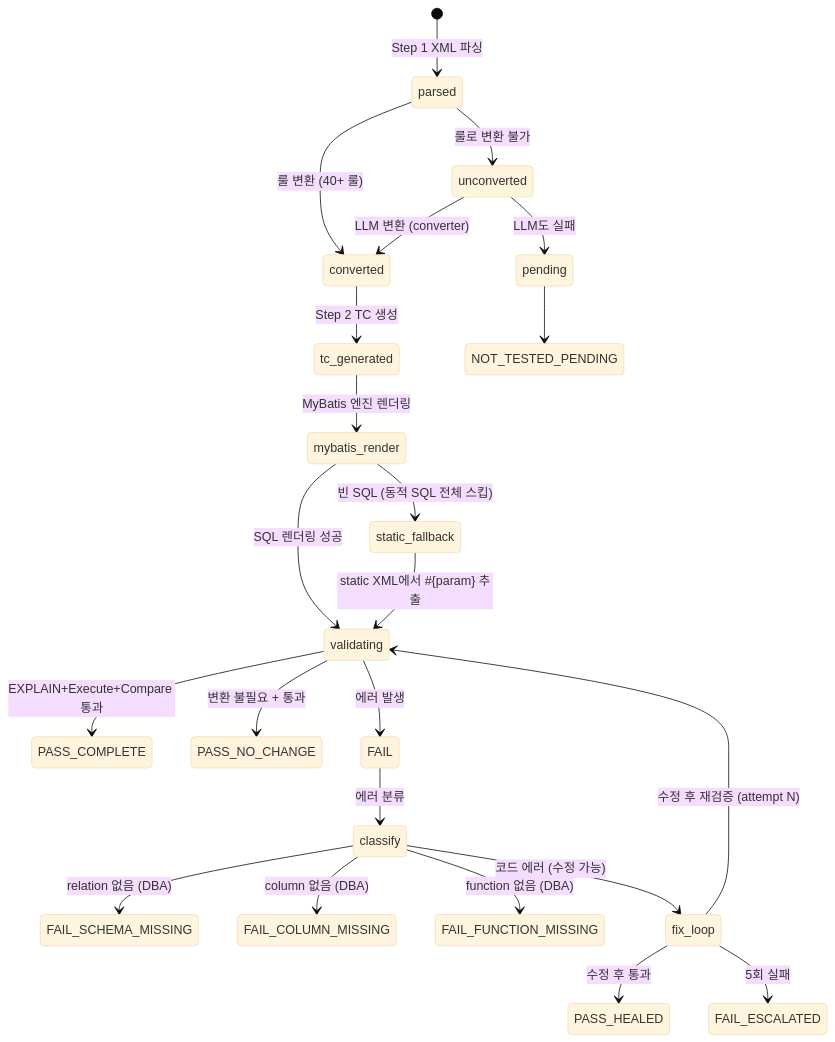
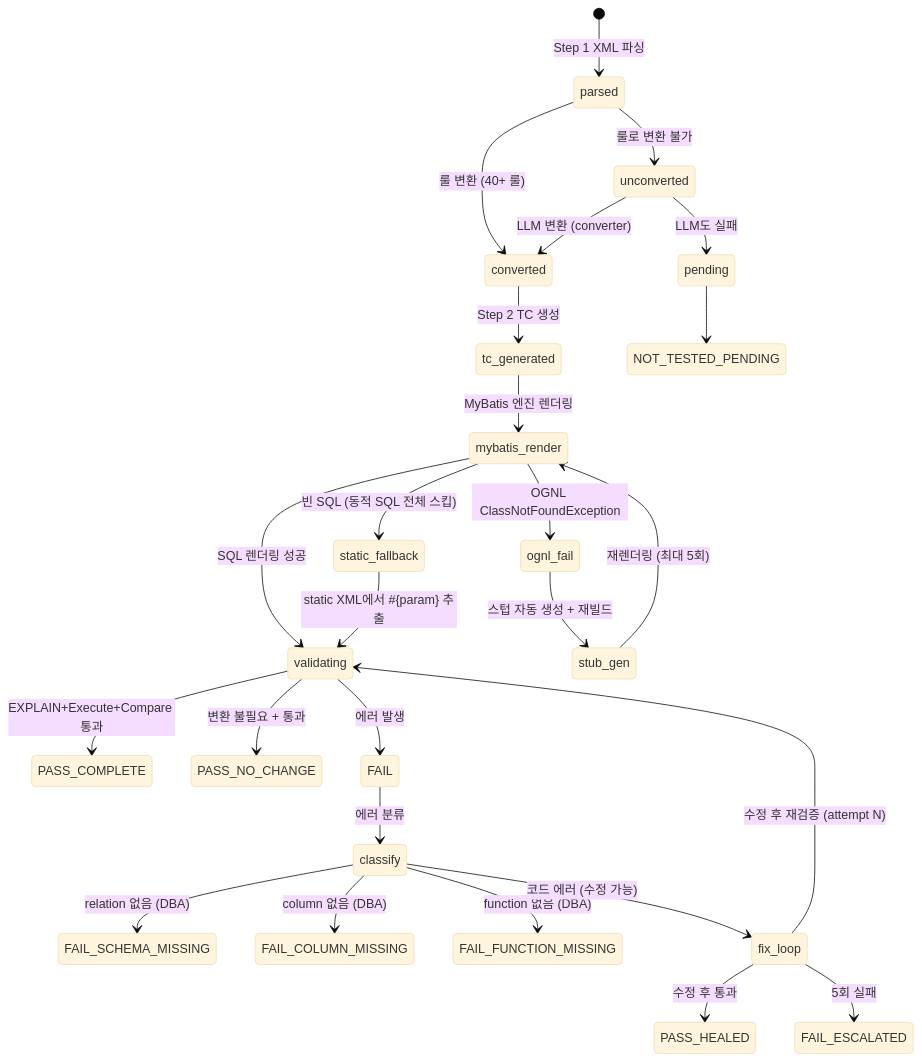
The third of 4 diagrams in docs/architecture.md (netsgo0319/oma-claude-code), drawn with Mermaid (base theme) before and after one commit. The commit also changed 2 other files, not shown here.

Commit message:
feat: OGNL ClassNotFoundException 자동 스텁 생성 + 재시도 루프
문제: MyBatis XML에서 @com.kns.framework.util.StringUtil@isNotEmpty()
같은 OGNL 정적 메서드 호출 → ClassNotFoundException → 1,954건 렌더링 실패

해결: run-extractor.sh에 자동 스텁 재시도 루프 추가
1. java -jar extractor.jar 실행
2. 에러 로그에서 ClassNotFoundException 파싱
3. 누락 클래스별 스텁 .java 자동 생성
   - isNotEmpty/isEmpty/isNotBlank 등 → permissive 반환 (true)
   - 모든 <if test> 분기를 포함하는 방향
4. gradle rebuild (스텁이 classpath에 포함됨)
5. 재실행 (최대 5회)

적용 범위:
- Oracle 추출 (input XML) + PG 추출 (output XML) 양쪽
- converter, validate-and-fix 어디서 호출하든 자동 대응

문서 업데이트:
- validate-and-fix.md: OGNL 자동 대응 설명
- architecture.md: Query Lifecycle에 ognl_fail → stub_gen 경로 추가

````diff
--- a/docs/architecture.md
+++ b/docs/architecture.md
@@ -100,31 +100,34 @@
 ```mermaid
 stateDiagram-v2
     [*] --> parsed: Step 1 XML 파싱
     parsed --> converted: 룰 변환 (40+ 룰)
     parsed --> unconverted: 룰로 변환 불가
     unconverted --> converted: LLM 변환 (converter)
     unconverted --> pending: LLM도 실패
 
     converted --> tc_generated: Step 2 TC 생성
     tc_generated --> mybatis_render: MyBatis 엔진 렌더링
     mybatis_render --> validating: SQL 렌더링 성공
+    mybatis_render --> ognl_fail: OGNL ClassNotFoundException
+    ognl_fail --> stub_gen: 스텁 자동 생성 + 재빌드
+    stub_gen --> mybatis_render: 재렌더링 (최대 5회)
     mybatis_render --> static_fallback: 빈 SQL (동적 SQL 전체 스킵)
     static_fallback --> validating: static XML에서 #{param} 추출
 
     validating --> PASS_COMPLETE: EXPLAIN+Execute+Compare 통과
     validating --> PASS_NO_CHANGE: 변환 불필요 + 통과
     validating --> FAIL: 에러 발생
 
     FAIL --> classify: 에러 분류
 
     classify --> FAIL_SCHEMA_MISSING: relation 없음 (DBA)
     classify --> FAIL_COLUMN_MISSING: column 없음 (DBA)
     classify --> FAIL_FUNCTION_MISSING: function 없음 (DBA)
     classify --> fix_loop: 코드 에러 (수정 가능)
 
     fix_loop --> validating: 수정 후 재검증 (attempt N)
     fix_loop --> PASS_HEALED: 수정 후 통과
     fix_loop --> FAIL_ESCALATED: 5회 실패
 
     pending --> NOT_TESTED_PENDING
 ```
````
